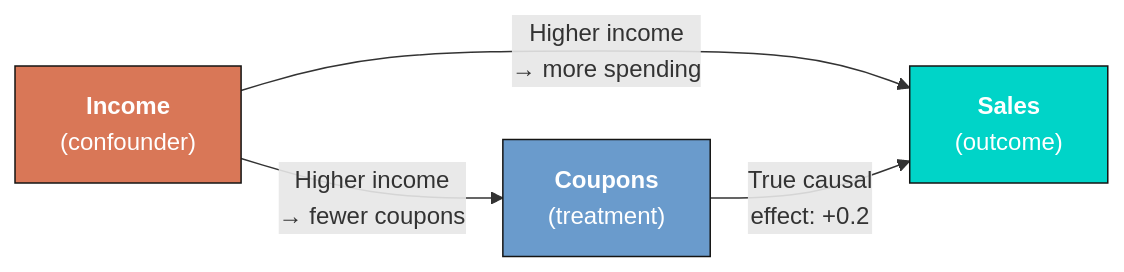
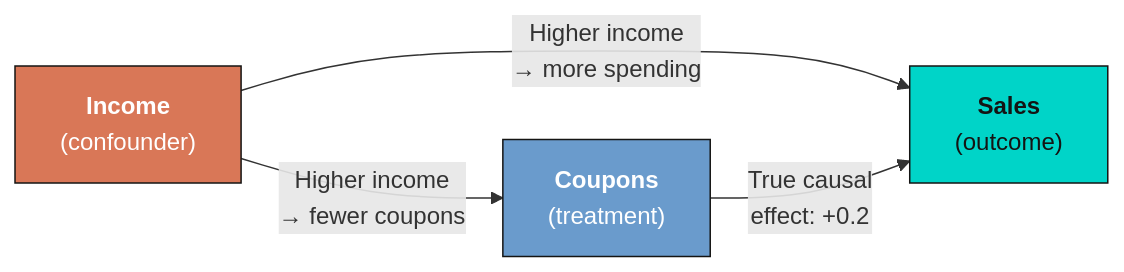
One commit to cmg777/starter-academic-v501 changed the second of 2 diagrams in content/post/python_fwl/index.md. Above: the diagram before and after it, drawn with Mermaid. The commit also changed other lines of this file and 2 other files, not shown here.

````diff
--- a/content/post/python_fwl/index.md
+++ b/content/post/python_fwl/index.md
@@ -223,10 +283,10 @@
 ```mermaid
 graph LR
     I["<b>Income</b><br/>(confounder)"] -->|"Higher income<br/>→ fewer coupons"| C["<b>Coupons</b><br/>(treatment)"]
     I -->|"Higher income<br/>→ more spending"| S["<b>Sales</b><br/>(outcome)"]
     C -->|"True causal<br/>effect: +0.2"| S
 
     style I fill:#d97757,stroke:#141413,color:#fff
     style C fill:#6a9bcc,stroke:#141413,color:#fff
-    style S fill:#00d4c8,stroke:#141413,color:#fff
+    style S fill:#00d4c8,stroke:#141413,color:#141413
 ```
````
